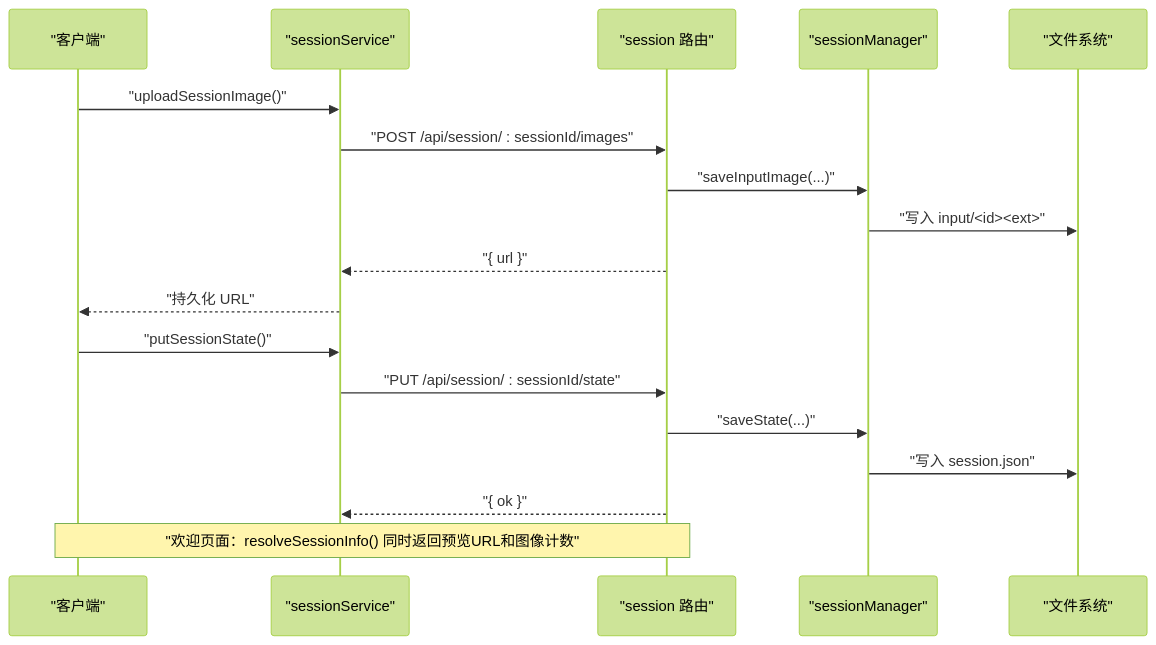
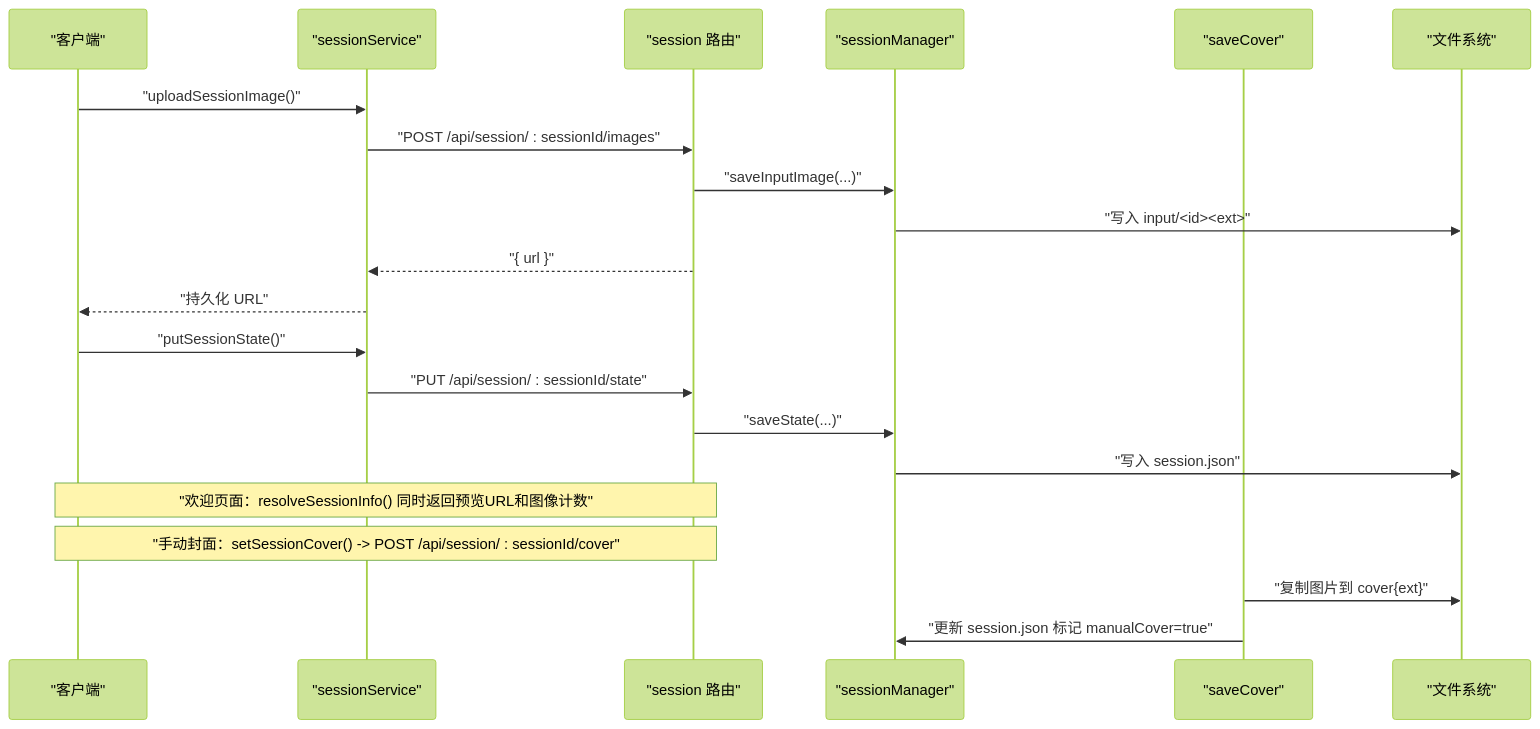
One commit to billye220670/CorineKit_Pix2Real changed the fourth of 10 diagrams in .qoder/repowiki/zh/content/会话管理/会话管理.md. Above: the diagram before and after it, drawn with Mermaid (forest theme). The commit also changed other lines of this file and 14 other files, not shown here.

````diff
--- a/.qoder/repowiki/zh/content/会话管理/会话管理.md
+++ b/.qoder/repowiki/zh/content/会话管理/会话管理.md
@@ -209,20 +232,23 @@
 ```mermaid
 sequenceDiagram
 participant C as "客户端"
 participant S as "sessionService"
 participant R as "session 路由"
 participant M as "sessionManager"
+participant SC as "saveCover"
 participant F as "文件系统"
 C->>S : "uploadSessionImage()"
 S->>R : "POST /api/session/ : sessionId/images"
 R->>M : "saveInputImage(...)"
 M->>F : "写入 input/<id><ext>"
 R-->>S : "{ url }"
 S-->>C : "持久化 URL"
 C->>S : "putSessionState()"
 S->>R : "PUT /api/session/ : sessionId/state"
 R->>M : "saveState(...)"
 M->>F : "写入 session.json"
-R-->>S : "{ ok }"
 Note over C,R : "欢迎页面：resolveSessionInfo() 同时返回预览URL和图像计数"
+Note over C,R : "手动封面：setSessionCover() -> POST /api/session/ : sessionId/cover"
+SC->>F : "复制图片到 cover{ext}"
+SC->>M : "更新 session.json 标记 manualCover=true"
 ```
````
